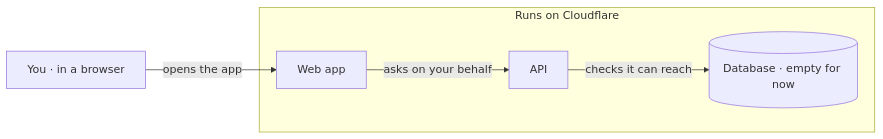
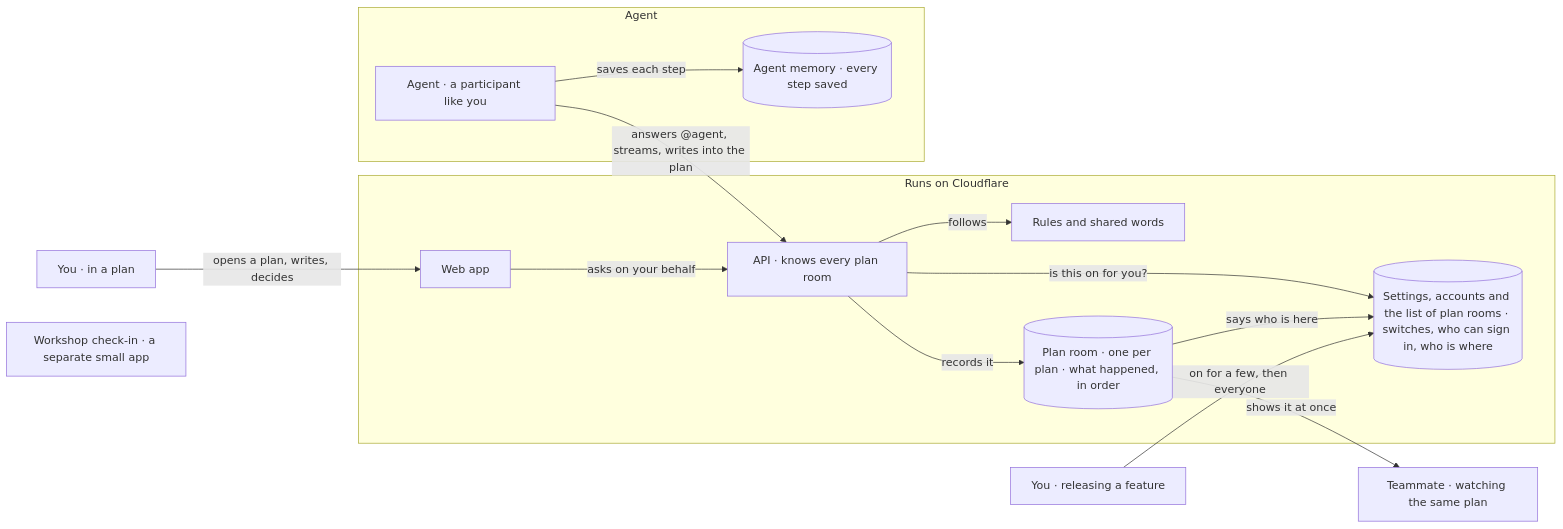
One commit to pratos/growthx-workshop changed the diagram in docs/ARCHITECTURE.md. Above: the diagram before and after it, drawn with Mermaid. The commit also changed other lines of this file and 29 other files, not shown here.

Commit message:
cp-02 design: the domain vocabulary and its check, the schema, the Chopin-like architecture (a plan document and a chat panel in one plan room), the agent-loop decision

````diff
--- a/docs/ARCHITECTURE.md
+++ b/docs/ARCHITECTURE.md
@@ -7,12 +7,28 @@
 ```mermaid
 flowchart LR
-  P["You · in a browser"]
+  P["You · in a plan"]
+  P2["Teammate · watching the same plan"]
+  REL["You · releasing a feature"]
   subgraph cf["Runs on Cloudflare"]
     W["Web app"]
-    A["API"]
-    D[("Database · empty for now")]
+    A["API · knows every plan room"]
+    RW["Rules and shared words"]
+    R[("Plan room · one per plan · what happened, in order")]
+    D[("Settings, accounts and the list of plan rooms · switches, who can sign in, who is where")]
   end
-  P -- "opens the app" --> W
+  subgraph ag["Agent"]
+    AG["Agent · a participant like you"]
+    CP[("Agent memory · every step saved")]
+  end
+  CK["Workshop check-in · a separate small app"]
+  P -- "opens a plan, writes, decides" --> W
   W -- "asks on your behalf" --> A
-  A -- "checks it can reach" --> D
+  A -- "is this on for you?" --> D
+  A -- "follows" --> RW
+  A -- "records it" --> R
+  R -- "shows it at once" --> P2
+  R -- "says who is here" --> D
+  AG -- "answers @agent, streams, writes into the plan" --> A
+  AG -- "saves each step" --> CP
+  REL -- "on for a few, then everyone" --> D
 ```
````
